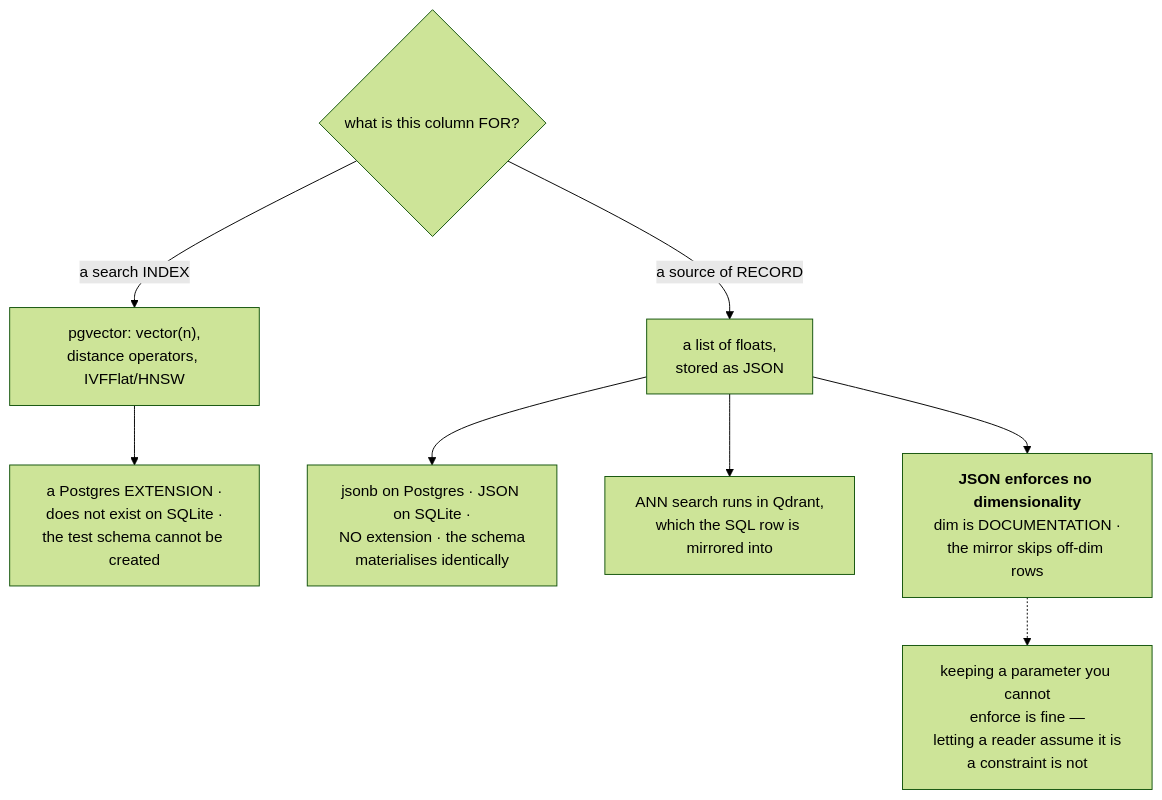
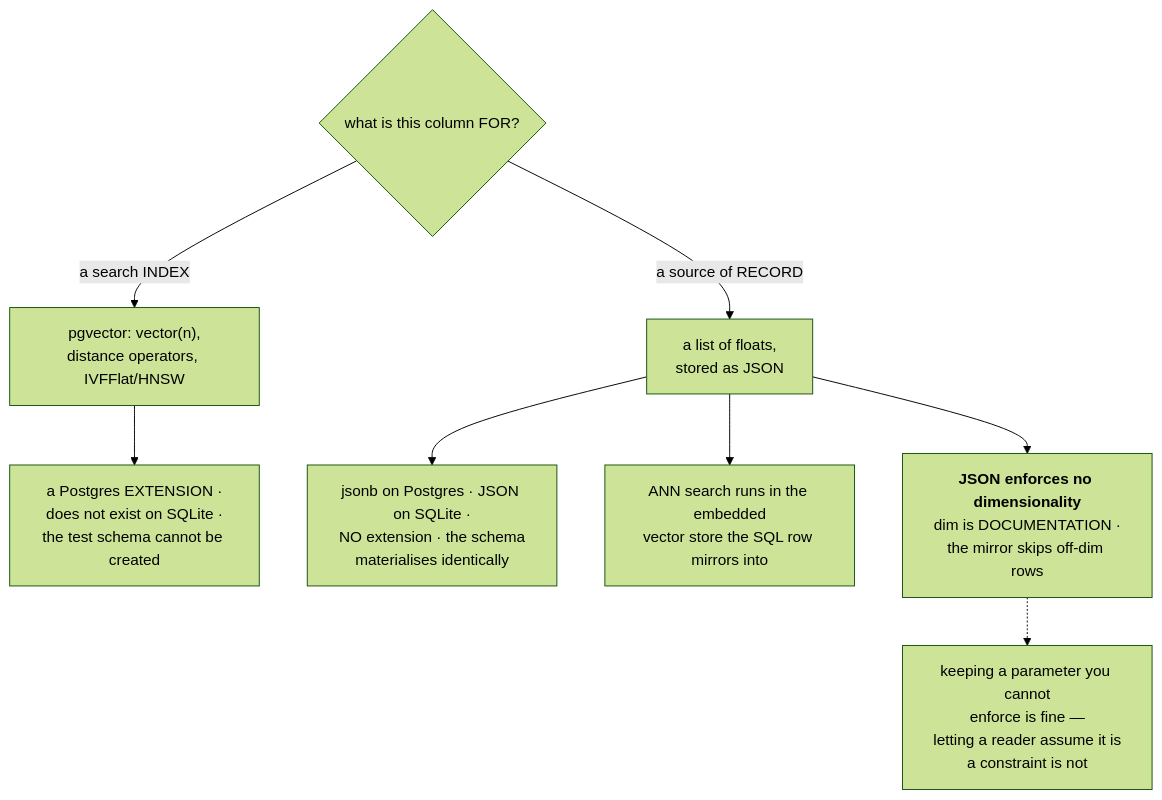
One commit to yrevash/aegis changed the seventh of 9 diagrams in docs/teaching/data/40-diagrams.md. Above: the diagram before and after it, drawn with Mermaid (forest theme). The commit also changed 79 other files, not shown here.

````diff
--- a/docs/teaching/data/40-diagrams.md
+++ b/docs/teaching/data/40-diagrams.md
@@ -196,16 +196,16 @@
 ```mermaid
 flowchart TB
     Q{"what is this column FOR?"}
 
     Q -->|"a search INDEX"| IDX["pgvector: vector(n),<br/>distance operators, IVFFlat/HNSW"]
     IDX --> COST1["a Postgres EXTENSION ·<br/>does not exist on SQLite ·<br/>the test schema cannot be created"]
 
     Q -->|"a source of RECORD"| REC["a list of floats,<br/>stored as JSON"]
     REC --> WIN["jsonb on Postgres · JSON on SQLite ·<br/>NO extension · the schema<br/>materialises identically"]
 
-    REC --> MIRROR["ANN search runs in Qdrant,<br/>which the SQL row is mirrored into"]
+    REC --> MIRROR["ANN search runs in the embedded<br/>vector store the SQL row mirrors into"]
 
     REC --> CAVEAT["<b>JSON enforces no dimensionality</b><br/>dim is DOCUMENTATION ·<br/>the mirror skips off-dim rows"]
 
     CAVEAT -.-> HON["keeping a parameter you cannot<br/>enforce is fine —<br/>letting a reader assume it is<br/>a constraint is not"]
 ```
````
